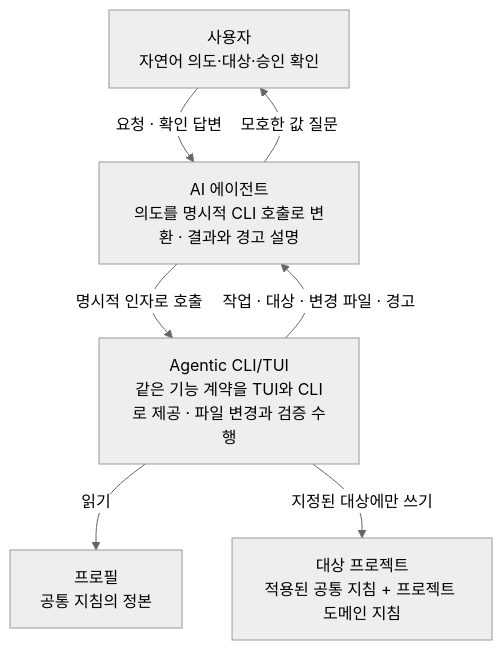
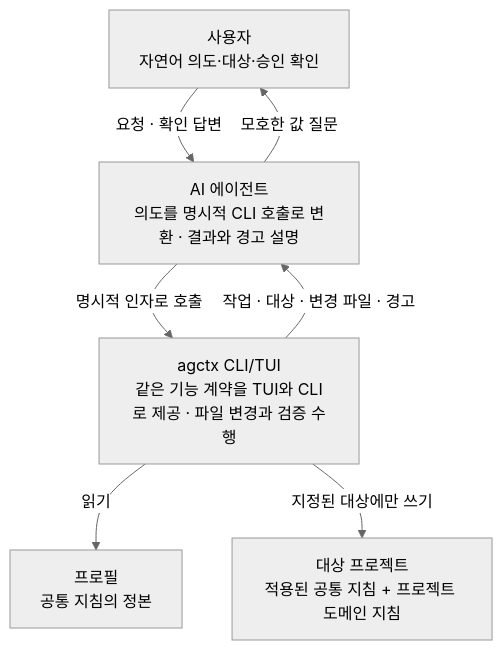
The second of 2 diagrams in docs/discussion/architecture/topics/agent-mediated-usage.md (IsthisLee/agent-context-manager), drawn with Mermaid (neutral theme) before and after one commit. The commit also changed other lines of this file and 73 other files, not shown here.

````diff
--- a/docs/discussion/architecture/topics/agent-mediated-usage.md
+++ b/docs/discussion/architecture/topics/agent-mediated-usage.md
@@ -102,14 +102,14 @@
 ```mermaid
 flowchart TD
   U["사용자<br/>자연어 의도·대상·승인 확인"]
   AG["AI 에이전트<br/>의도를 명시적 CLI 호출로 변환 · 결과와 경고 설명"]
-  CLI["Agentic CLI/TUI<br/>같은 기능 계약을 TUI와 CLI로 제공 · 파일 변경과 검증 수행"]
+  CLI["agctx CLI/TUI<br/>같은 기능 계약을 TUI와 CLI로 제공 · 파일 변경과 검증 수행"]
   PR["프로필<br/>공통 지침의 정본"]
   PJ["대상 프로젝트<br/>적용된 공통 지침 + 프로젝트 도메인 지침"]
   U -->|요청 · 확인 답변| AG
   AG -->|모호한 값 질문| U
   AG -->|명시적 인자로 호출| CLI
   CLI -->|작업 · 대상 · 변경 파일 · 경고| AG
   CLI -->|읽기| PR
   CLI -->|지정된 대상에만 쓰기| PJ
 ```
````
